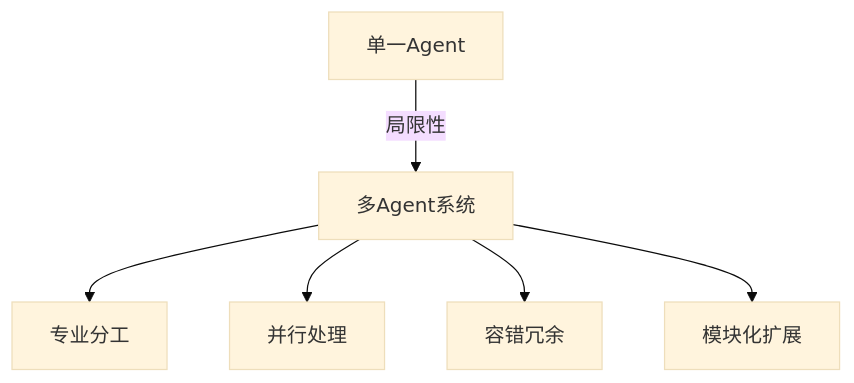
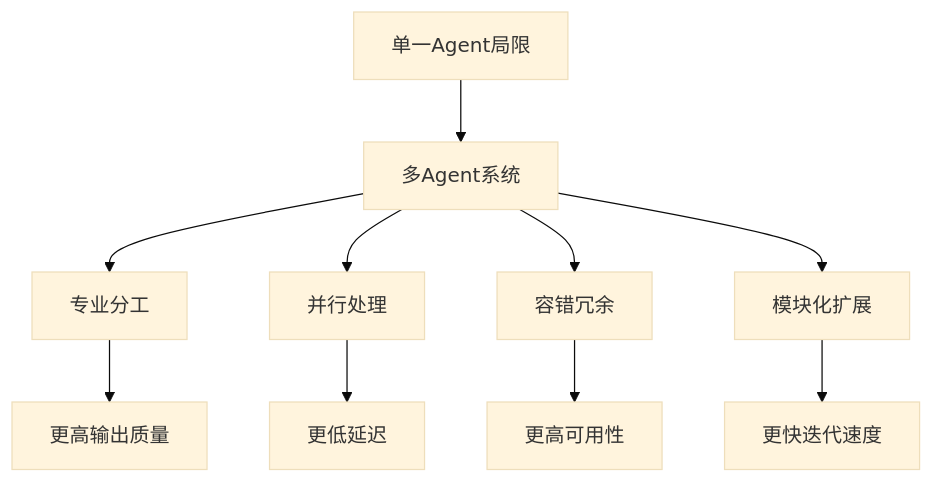
Before and after one commit to dilboy/agent-programming-wiki: the diagram in docs/05-多Agent协作/00-协作总览.md, drawn with Mermaid (base theme). The commit also changed other lines of this file and 26 other files, not shown here.

````diff
--- a/docs/05-多Agent协作/00-协作总览.md
+++ b/docs/05-多Agent协作/00-协作总览.md
@@ -21,8 +25,12 @@
 ```mermaid
 graph TD
-    A[单一Agent] -->|局限性| B[多Agent系统]
+    A[单一Agent局限] --> B[多Agent系统]
     B --> C[专业分工]
     B --> D[并行处理]
     B --> E[容错冗余]
     B --> F[模块化扩展]
+    C --> G[更高输出质量]
+    D --> H[更低延迟]
+    E --> I[更高可用性]
+    F --> J[更快迭代速度]
 ```
````
